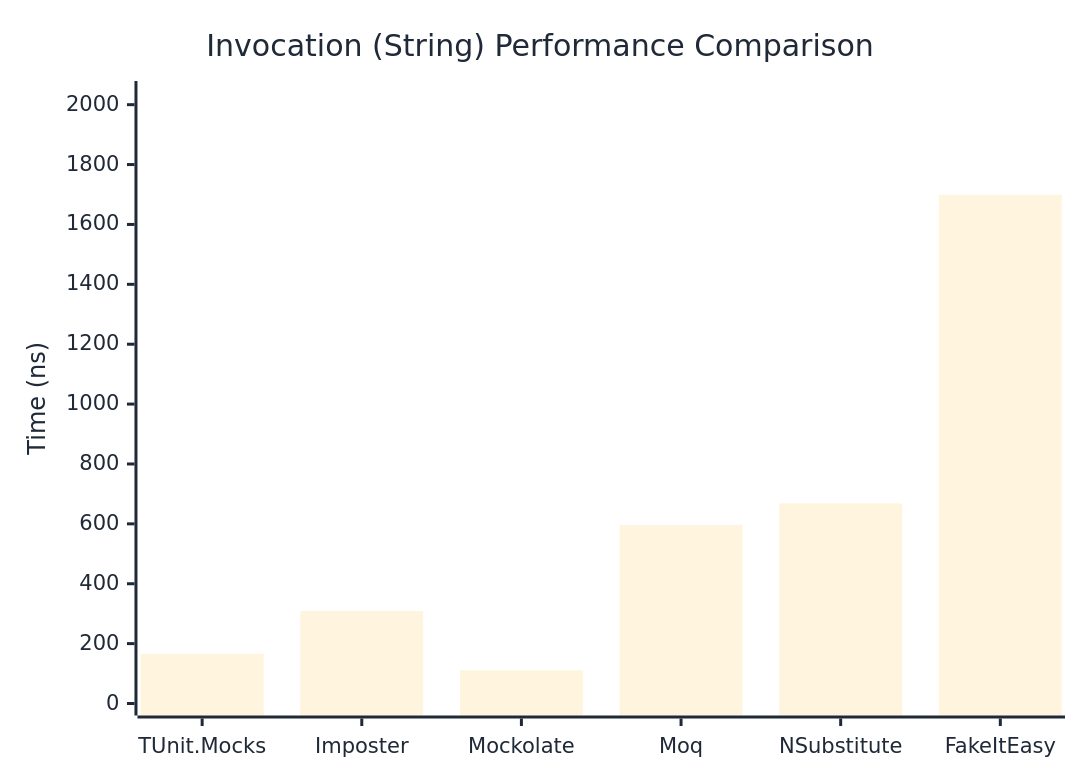
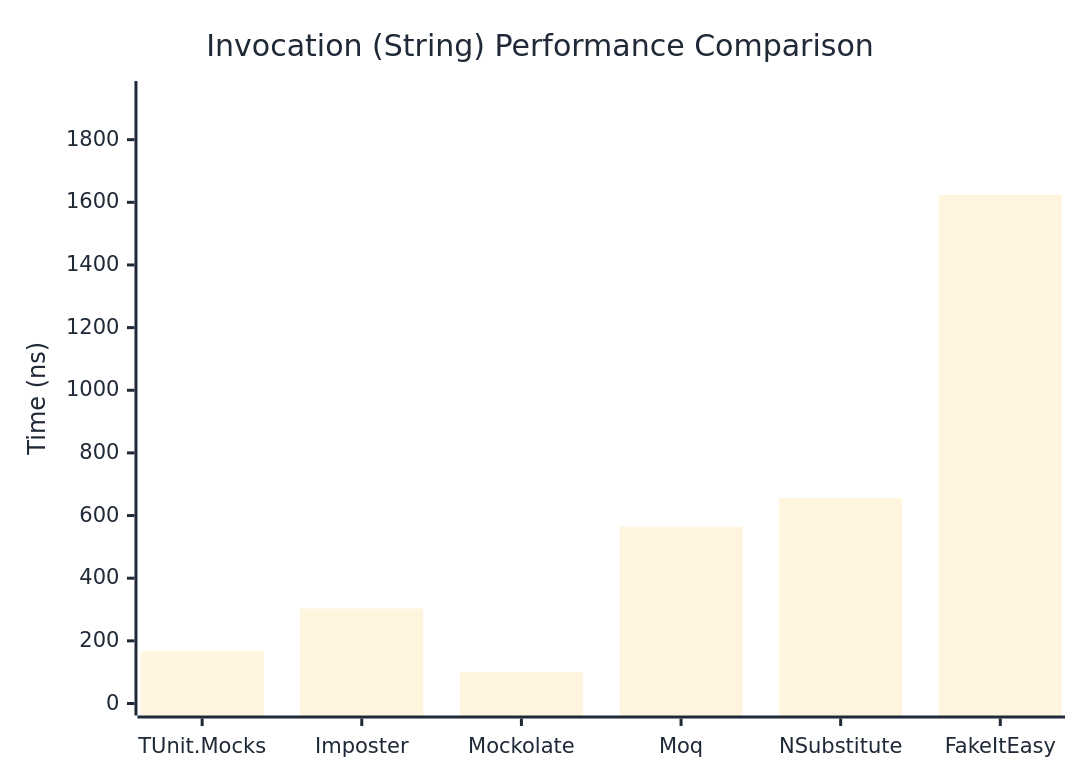
Before and after one commit to thomhurst/TUnit: the second of 3 diagrams in docs/docs/benchmarks/mocks/Invocation.md, drawn with Mermaid. The commit also changed other lines of this file and 14 other files, not shown here.

````diff
--- a/docs/docs/benchmarks/mocks/Invocation.md
+++ b/docs/docs/benchmarks/mocks/Invocation.md
@@ -71,27 +71,27 @@
 ```mermaid
 %%{init: {
   'theme':'base',
   'themeVariables': {
     'primaryColor': '#2563eb',
     'primaryTextColor': '#1f2937',
     'primaryBorderColor': '#1e40af',
     'lineColor': '#6b7280',
     'secondaryColor': '#7c3aed',
     'tertiaryColor': '#dc2626',
     'background': '#ffffff',
     'pie1': '#2563eb',
     'pie2': '#7c3aed',
     'pie3': '#dc2626',
     'pie4': '#f59e0b',
     'pie5': '#10b981',
     'pie6': '#06b6d4',
     'pie7': '#ec4899',
     'pie8': '#6366f1'
   }
 }}%%
 xychart-beta
   title "Invocation (String) Performance Comparison"
   x-axis ["TUnit.Mocks", "Imposter", "Mockolate", "Moq", "NSubstitute", "FakeItEasy"]
-  y-axis "Time (ns)" 0 --> 2039
-  bar [165.9, 309.1, 110.7, 596.6, 668.5, 1699]
+  y-axis "Time (ns)" 0 --> 1949
+  bar [166.9, 303.1, 100.8, 564.4, 656.3, 1623.5]
 ```
````
